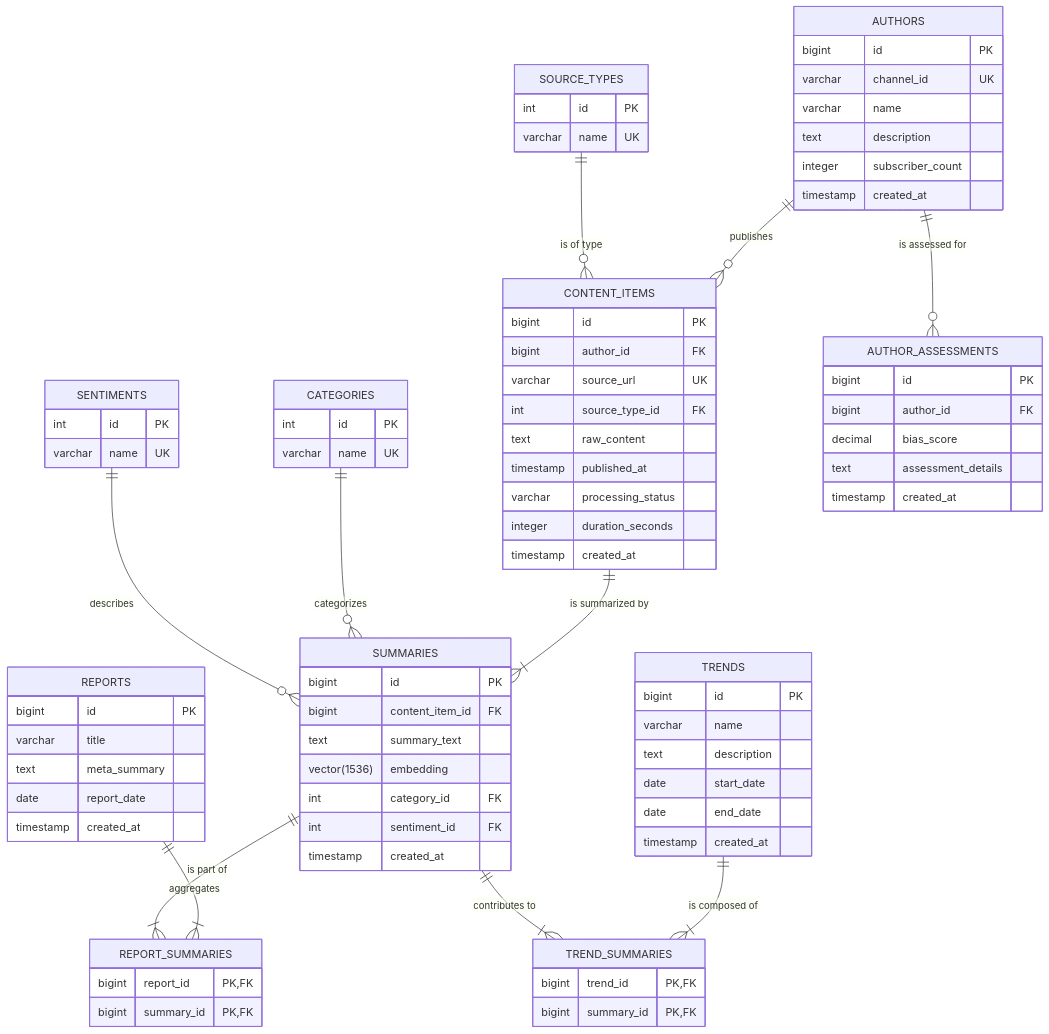
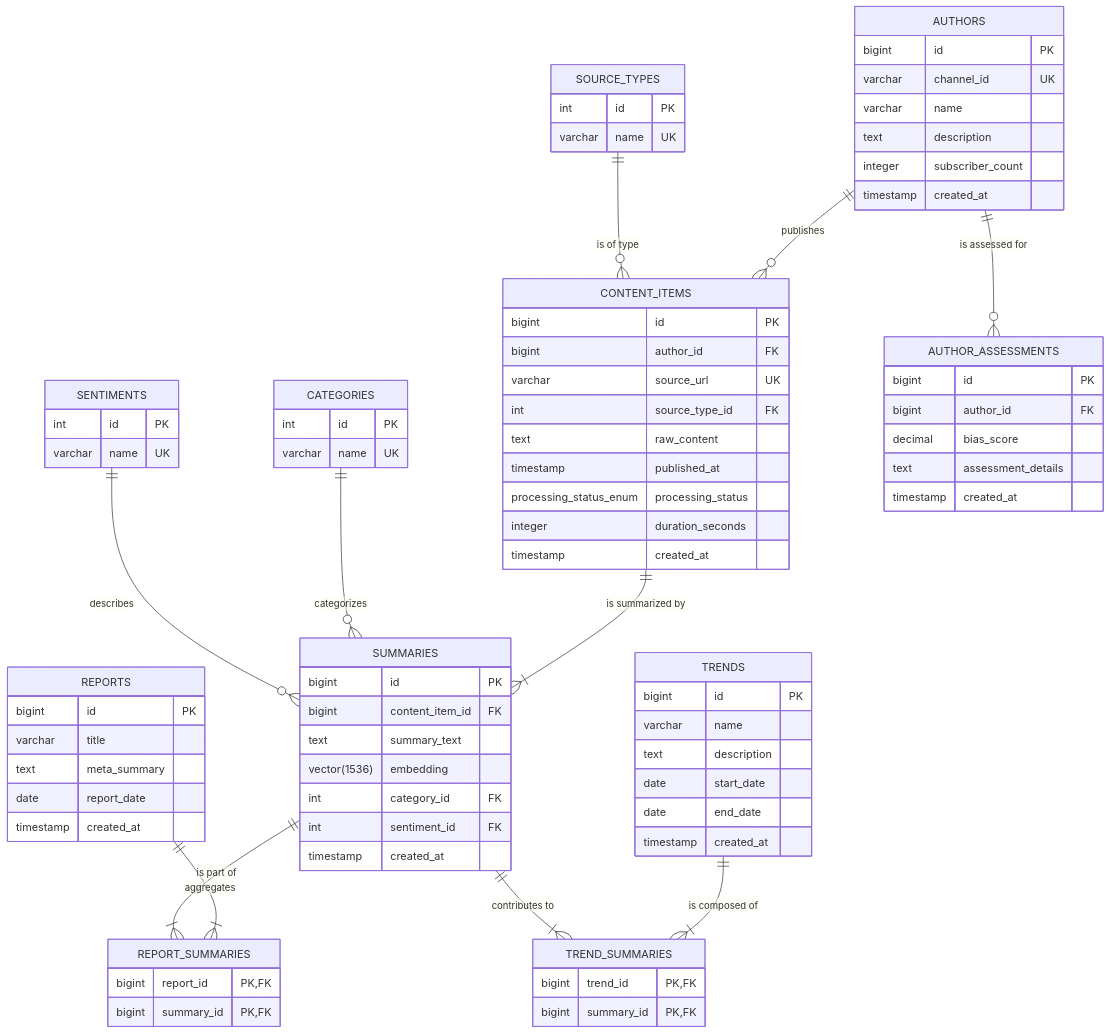
Before and after one commit to sjuresa/povzetkar: the diagram in src/main/docs/sdlc/04_database_design.md, drawn with Mermaid. The commit also changed other lines of this file and 2 other files, not shown here.

```diff
--- a/src/main/docs/sdlc/04_database_design.md
+++ b/src/main/docs/sdlc/04_database_design.md
@@ -40,7 +40,7 @@
         int source_type_id FK
         text raw_content
         timestamp published_at
-        varchar processing_status
+        processing_status_enum processing_status
         integer duration_seconds
         timestamp created_at
     }
```
